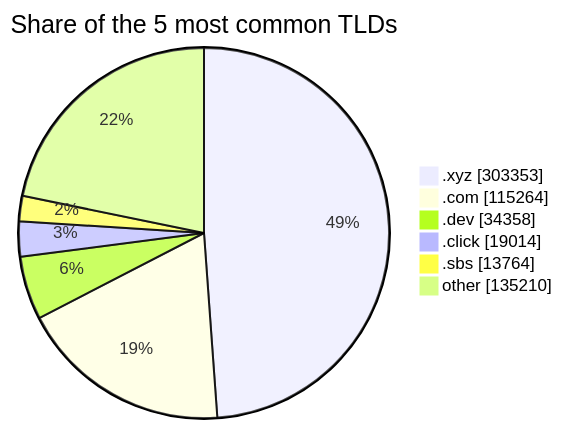
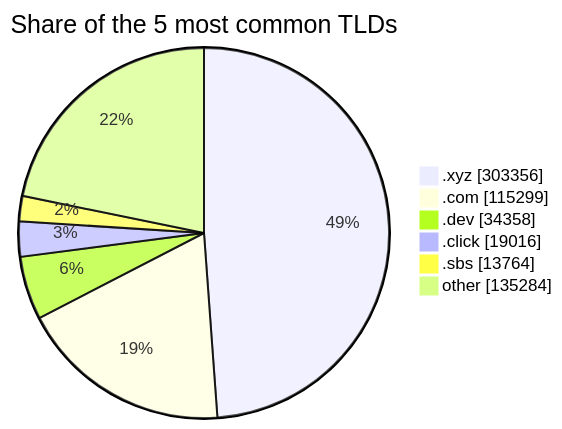
One commit to DNSBunker/CTI changed the third of 3 diagrams in README.md. Above: the diagram before and after it, drawn with Mermaid. The commit also changed other lines of this file and 3 other files, not shown here.

````diff
--- a/README.md
+++ b/README.md
@@ -81,9 +81,9 @@
 ```mermaid
 pie showData title Share of the 5 most common TLDs
-    ".xyz" : 303353
-    ".com" : 115264
+    ".xyz" : 303356
+    ".com" : 115299
     ".dev" : 34358
-    ".click" : 19014
+    ".click" : 19016
     ".sbs" : 13764
-    "other" : 135210
+    "other" : 135284
 ```
````
